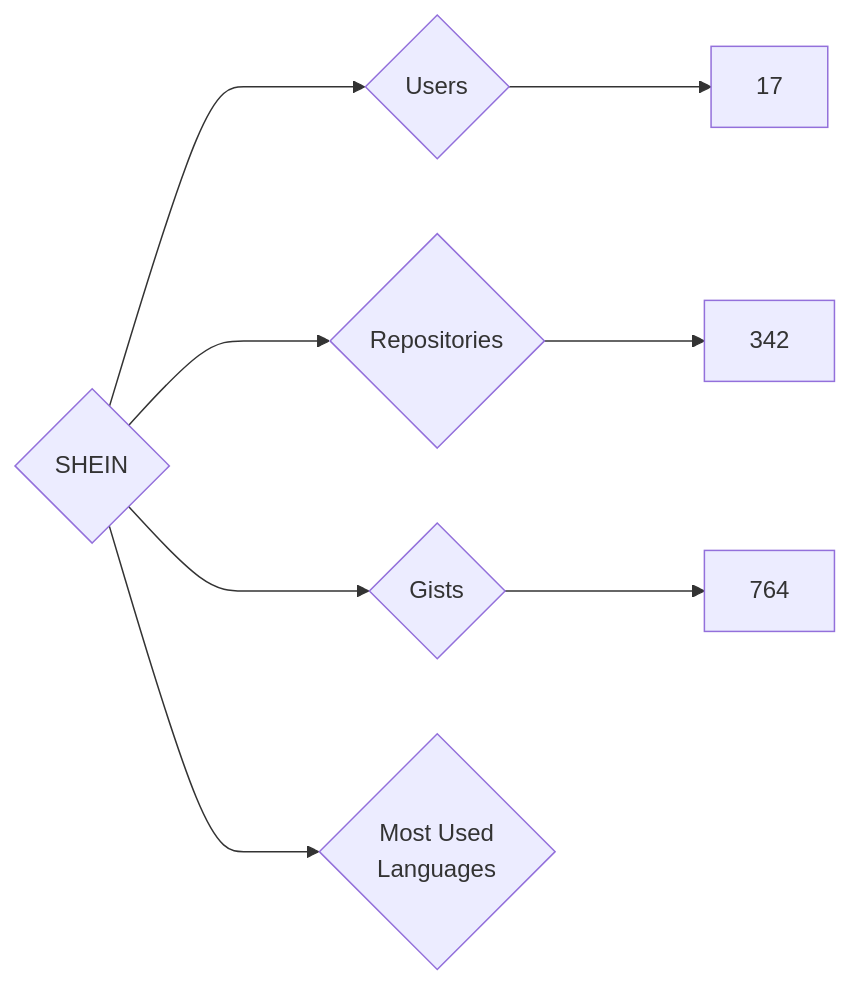
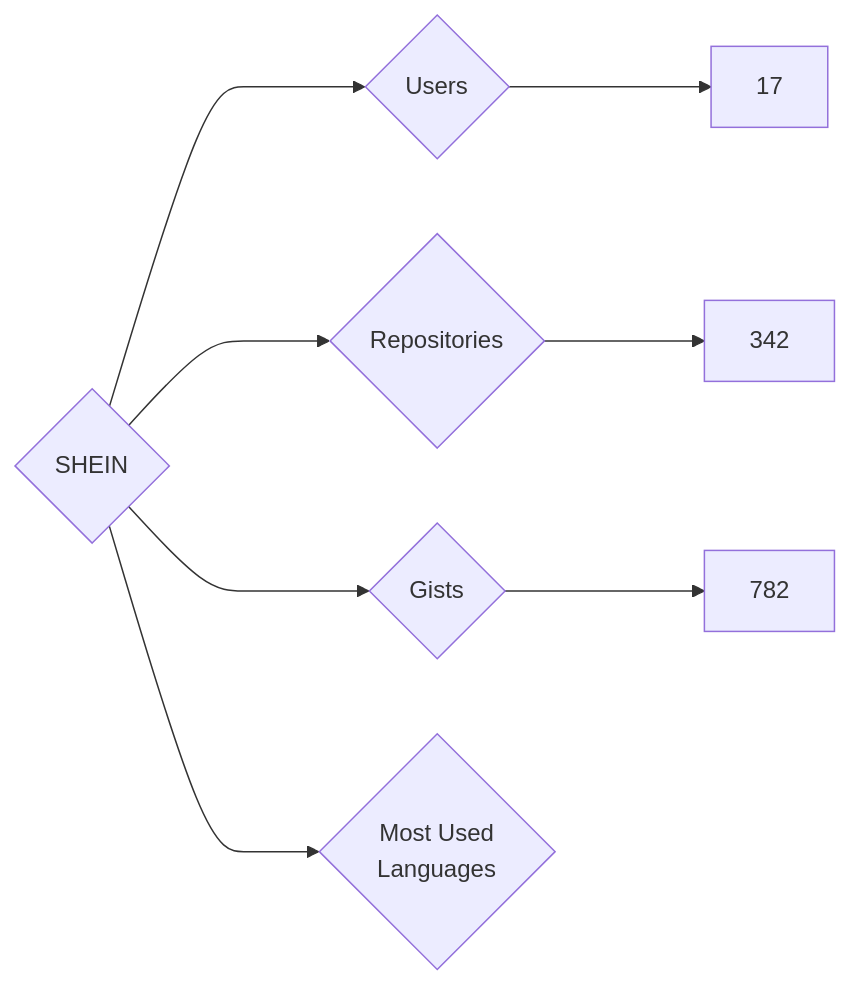
Before and after one commit to nenadzaric/insiders: the diagram in targets/SHEIN/README.md, drawn with Mermaid. The commit also changed 1342 other files, not shown here.

````diff
--- a/targets/SHEIN/README.md
+++ b/targets/SHEIN/README.md
@@ -3,8 +3,8 @@
 ```mermaid
 graph LR
 COMPANY_NAME{SHEIN}
 COMPANY_NAME ---> U{Users} ---> UN[17]
 COMPANY_NAME ---> R{Repositories} ---> RN[342]
-COMPANY_NAME ---> G{Gists} ---> GN[764]
+COMPANY_NAME ---> G{Gists} ---> GN[782]
 COMPANY_NAME ---> ML{Most Used<br>Languages}
 ```
````
